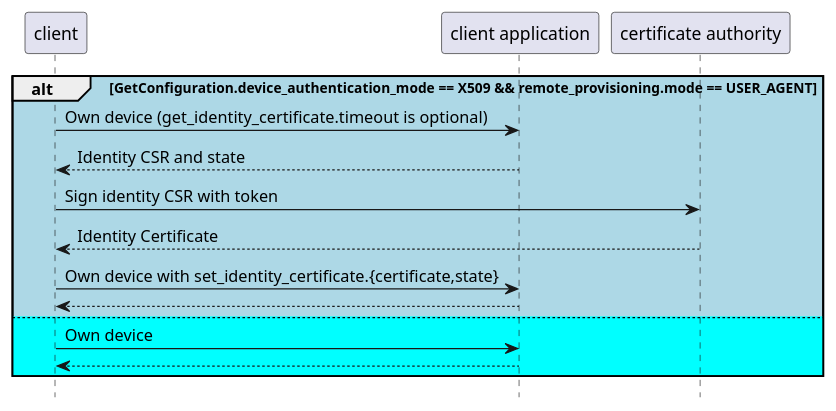
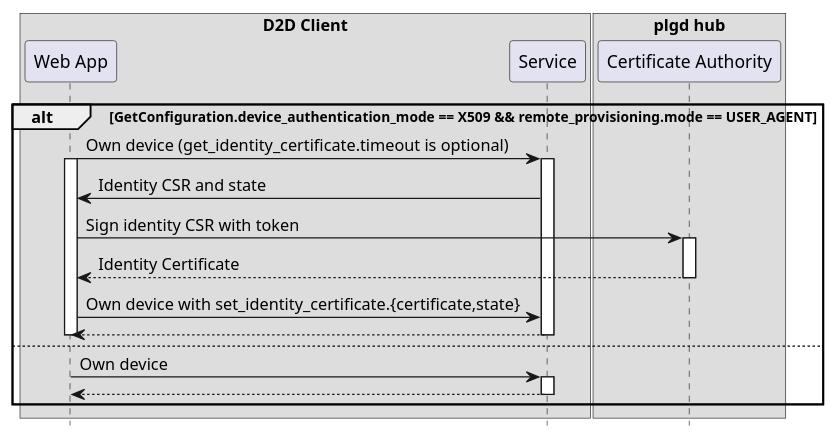
One commit to plgd-dev/client-application changed the diagram in own.plantuml. Above: the diagram before and after it, drawn with PlantUML. The commit also changed 10 other files, not shown here.

```diff
--- a/own.plantuml
+++ b/own.plantuml
@@ -1,20 +1,29 @@
 @startuml Sequence
 skinparam backgroundColor transparent
 hide footbox
 
-participant C as "client"
-participant S as "client application"
-participant CA as "certificate authority"
+box "D2D Client"
+participant C as "Web App"
+participant S as "Service"
+end box
 
-alt #LightBlue GetConfiguration.device_authentication_mode == X509 && remote_provisioning.mode == USER_AGENT
-  C -> S: Own device (get_identity_certificate.timeout is optional)
-  return Identity CSR and state
-  C-> CA: Sign identity CSR with token
+box "plgd hub"
+participant CA as "Certificate Authority"
+end box
+
+alt GetConfiguration.device_authentication_mode == X509 && remote_provisioning.mode == USER_AGENT
+  
+  C -> S++: Own device (get_identity_certificate.timeout is optional)
+  activate C
+  S -> C: Identity CSR and state
+  C -> CA ++: Sign identity CSR with token
   return Identity Certificate
   C -> S: Own device with set_identity_certificate.{certificate,state}
   return
-else #Cyan
-  C -> S: Own device
+  deactivate S
+  deactivate C
+else
+  C -> S ++: Own device
   return
 end
 @enduml
```
